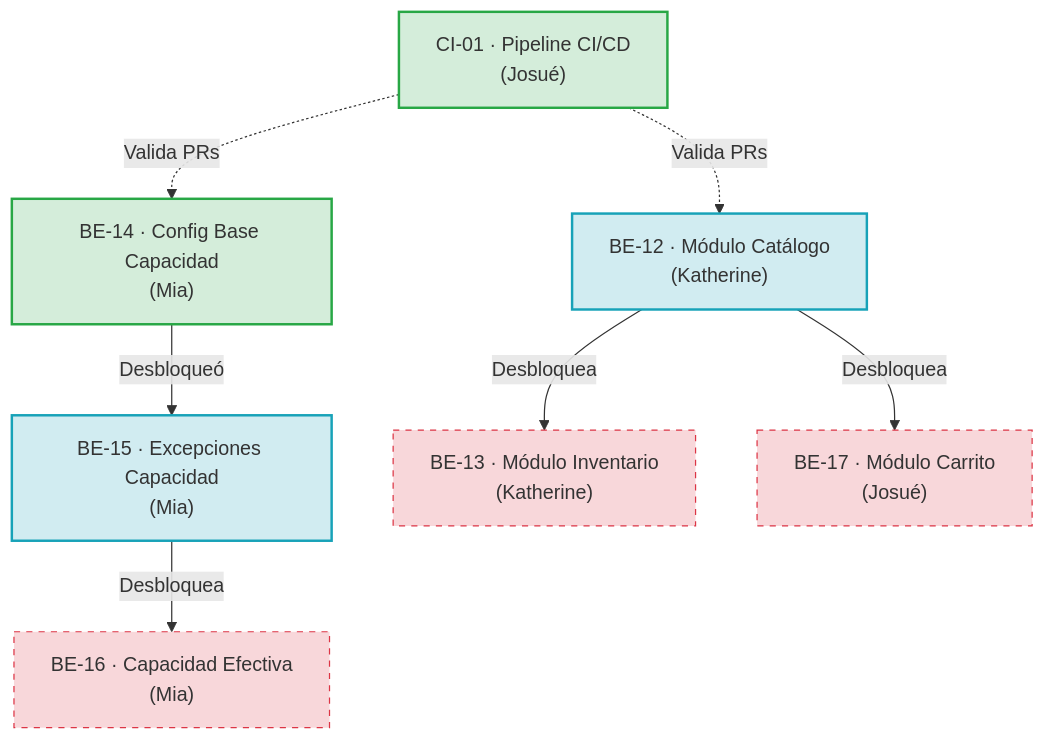
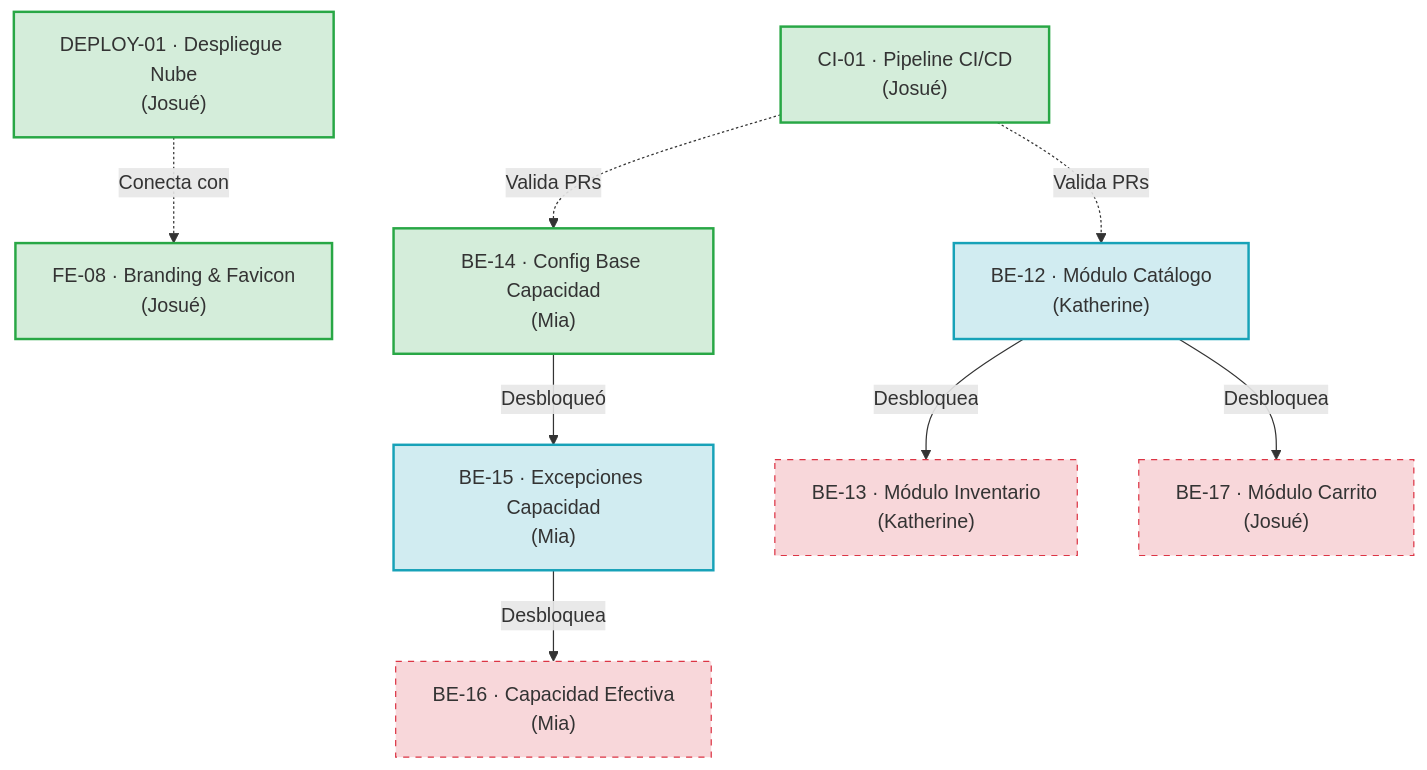
Before and after one commit to iJosueeh/jaldishop: the second of 2 diagrams in docs/06-scrum/sprint-03.md, drawn with Mermaid. The commit also changed other lines of this file and 3 other files, not shown here.

Commit message:
docs: actualizar estado de sprint 3, métricas de calidad y tareas completadas de despliegue y branding

````diff
--- a/docs/06-scrum/sprint-03.md
+++ b/docs/06-scrum/sprint-03.md
@@ -311,22 +362,25 @@
 ```mermaid
 graph TD
     classDef done fill:#d4edda,stroke:#28a745,stroke-width:2px;
     classDef progress fill:#d1ecf1,stroke:#17a2b8,stroke-width:2px;
     classDef review fill:#fff3cd,stroke:#ffc107,stroke-width:2px;
     classDef locked fill:#f8d7da,stroke:#dc3545,stroke-width:1px,stroke-dasharray: 5 5;
 
     CI01["CI-01 · Pipeline CI/CD<br/>(Josué)"]:::done
+    DEPLOY01["DEPLOY-01 · Despliegue Nube<br/>(Josué)"]:::done
+    FE08["FE-08 · Branding & Favicon<br/>(Josué)"]:::done
     BE14["BE-14 · Config Base Capacidad<br/>(Mia)"]:::done
     BE15["BE-15 · Excepciones Capacidad<br/>(Mia)"]:::progress
     BE12["BE-12 · Módulo Catálogo<br/>(Katherine)"]:::progress
     BE16["BE-16 · Capacidad Efectiva<br/>(Mia)"]:::locked
     BE13["BE-13 · Módulo Inventario<br/>(Katherine)"]:::locked
     BE17["BE-17 · Módulo Carrito<br/>(Josué)"]:::locked
 
     CI01 -. Valida PRs .-> BE12
     CI01 -. Valida PRs .-> BE14
+    DEPLOY01 -. Conecta con .-> FE08
     BE14 -->|Desbloqueó| BE15
     BE15 -->|Desbloquea| BE16
     BE12 -->|Desbloquea| BE13
     BE12 -->|Desbloquea| BE17
 ```
````
